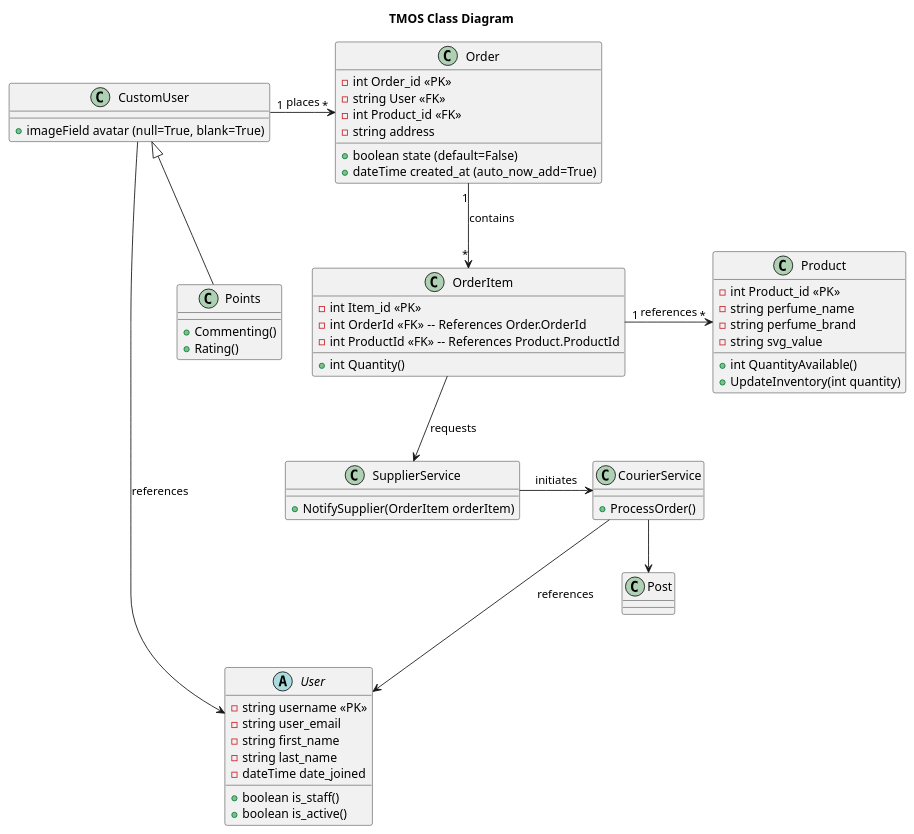
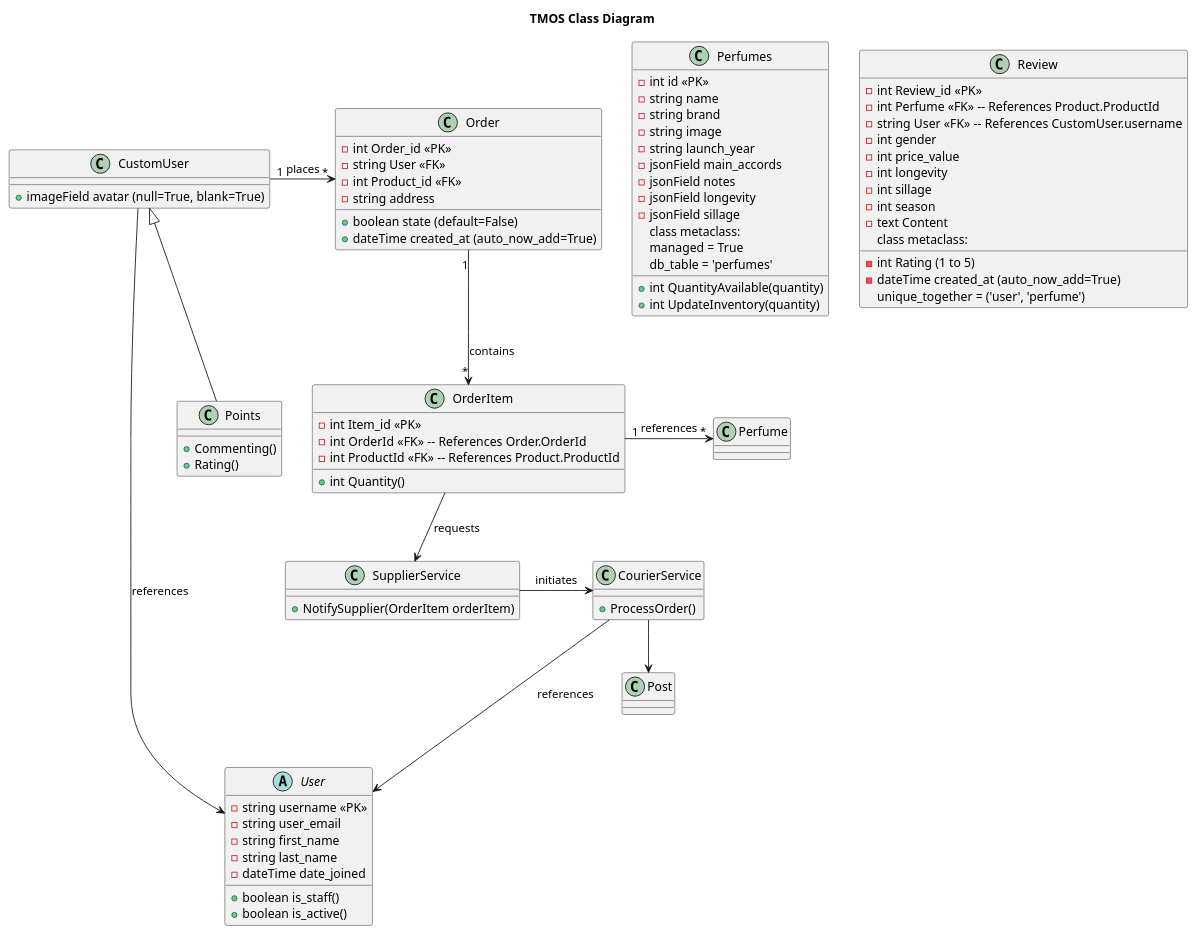
One commit to pmwong008/PlantUML_boot changed the diagram in docs/architecture/tmos_class.puml. Above: the diagram before and after it, drawn with PlantUML.

Commit message:
Update tmos_class.puml
Updated using VSCode without java, therefore no test png is generated before commit.

```diff
--- a/docs/architecture/tmos_class.puml
+++ b/docs/architecture/tmos_class.puml
@@ -1,71 +1,96 @@
 @startuml
 
 title TMOS Class Diagram
 
 abstract class User {
     - string username <<PK>>
     - string user_email
     - string first_name
     - string last_name
     + boolean is_staff()
     + boolean is_active()
     - dateTime date_joined
 
 }
 class CustomUser {
-	+ imageField avatar (null=True, blank=True)
+	  + imageField avatar (null=True, blank=True)
 }
 
 class Order {
     - int Order_id <<PK>>
-	- string User <<FK>>
-	- int Product_id <<FK>>
-	- string address
-	+ boolean state (default=False)
-	+ dateTime created_at (auto_now_add=True)
+    - string User <<FK>>
+    - int Product_id <<FK>>
+    - string address
+    + boolean state (default=False)
+    + dateTime created_at (auto_now_add=True)
 }
 
 class OrderItem {
-  - int Item_id <<PK>>
-  - int OrderId <<FK>> -- References Order.OrderId
-  - int ProductId <<FK>> -- References Product.ProductId
-  + int Quantity()
+    - int Item_id <<PK>>
+    - int OrderId <<FK>> -- References Order.OrderId
+    - int ProductId <<FK>> -- References Product.ProductId
+    + int Quantity()
 }
 
-class Product {
-    - int Product_id <<PK>>
-    - string perfume_name
-	- string perfume_brand
-	- string svg_value
-    + int QuantityAvailable()
-    + UpdateInventory(int quantity)
+class Perfumes {
+    - int id <<PK>>
+    - string name
+	  - string brand
+	  - string image
+    - string launch_year
+    - jsonField main_accords
+    - jsonField notes
+    - jsonField longevity
+    - jsonField sillage
+    + int QuantityAvailable(quantity)
+    + int UpdateInventory(quantity)
+    class metaclass:
+        managed = True
+        db_table = 'perfumes'
+}
+
+class Review {
+    - int Review_id <<PK>>
+    - int Perfume <<FK>> -- References Product.ProductId
+    - string User <<FK>> -- References CustomUser.username
+    - int gender
+    - int price_value
+    - int longevity
+    - int sillage
+    - int season
+    - int Rating (1 to 5)
+    - text Content
+    - dateTime created_at (auto_now_add=True)
+    class metaclass:
+        unique_together = ('user', 'perfume') 
+      
 }
 
 class CourierService {
   + ProcessOrder()
 }
 
 class SupplierService {
   + NotifySupplier(OrderItem orderItem)
 }
 
 
 class Post {
 }
 
 class Points extends CustomUser{
     + Commenting()
     + Rating()
 }
 
 CustomUser "1" -> "*" Order : places
 CustomUser --> User : references
 Order "1" --> "*" OrderItem : contains
-OrderItem "1" -> "*" Product : "references"
+OrderItem "1" -> "*" Perfume : "references"
 SupplierService -> CourierService : initiates
 CourierService ---> User : "references"
 CourierService --> Post
 
 OrderItem --> SupplierService : "requests"
 
 @enduml
```
